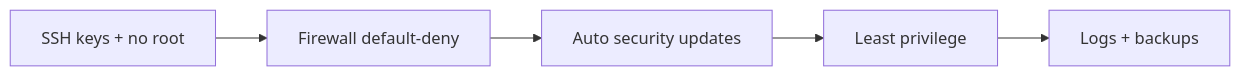
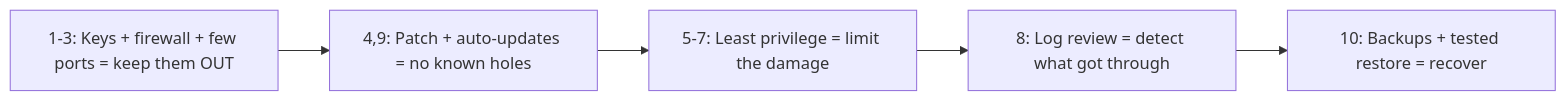
One commit to cloud-prakhar/learning-linux changed the diagram in 12-linux-security-basics/security-best-practices.md. Above: the diagram before and after it, drawn with Mermaid. The commit also changed other lines of this file and 69 other files, not shown here.

````diff
--- a/12-linux-security-basics/security-best-practices.md
+++ b/12-linux-security-basics/security-best-practices.md
@@ -36,7 +44,7 @@
 ```mermaid
 flowchart LR
-    Keys[SSH keys + no root] --> FW[Firewall default-deny]
-    FW --> Patch[Auto security updates]
-    Patch --> Priv[Least privilege]
-    Priv --> Mon[Logs + backups]
+    Keys[1-3: Keys + firewall + few ports = keep them OUT] --> Patch[4,9: Patch + auto-updates = no known holes]
+    Patch --> Priv[5-7: Least privilege = limit the damage]
+    Priv --> Mon[8: Log review = detect what got through]
+    Mon --> Backup[10: Backups + tested restore = recover]
 ```
````
